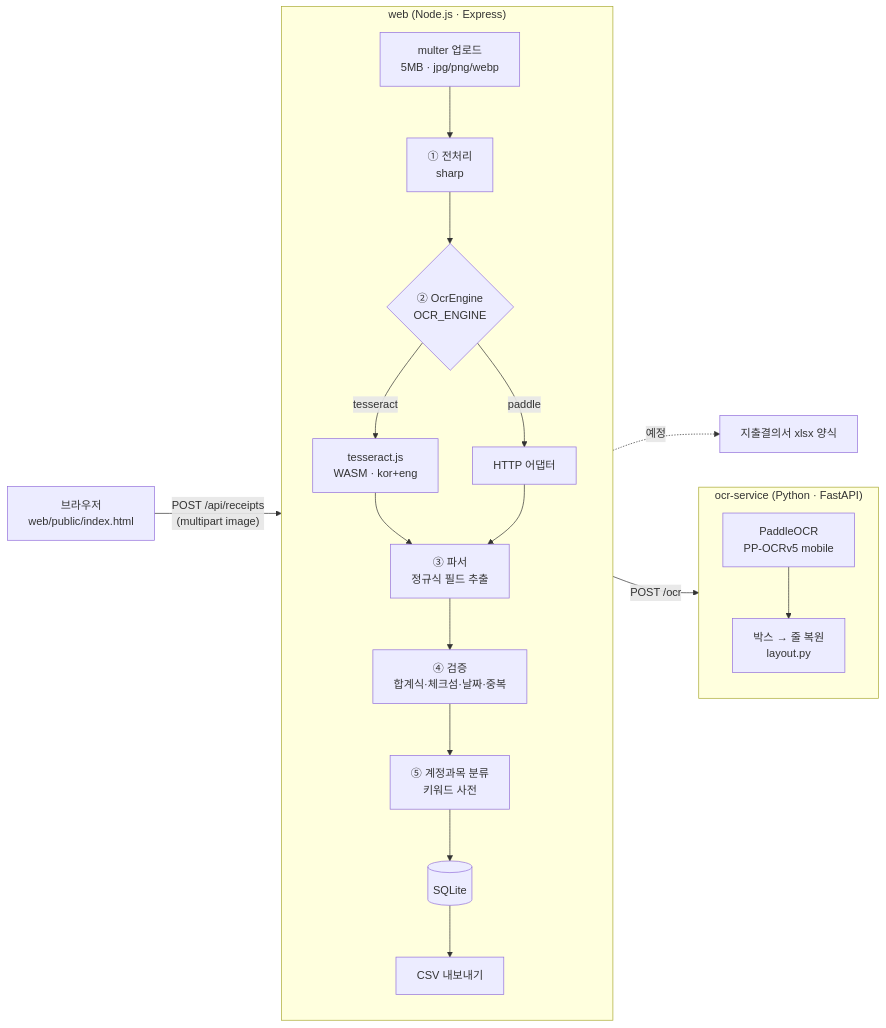
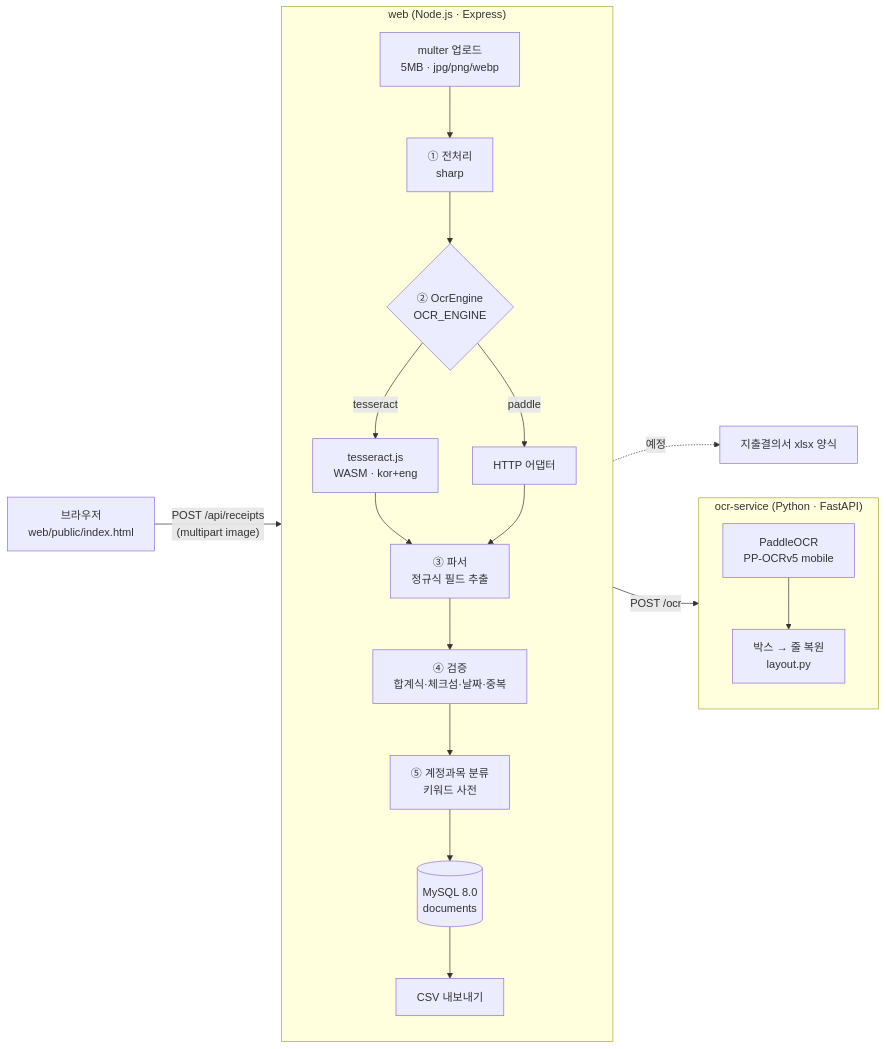
One commit to seoulbam1206-cmd/receipt-ocr-pipeline changed the diagram in README.md. Above: the diagram before and after it, drawn with Mermaid. The commit also changed other lines of this file, not shown here.

Commit message:
docs(readme): MySQL 설치·마이그레이션·SQLite 이전·TiDB Cloud 전환 안내

````diff
--- a/README.md
+++ b/README.md
@@ -49,26 +51,26 @@
 ```mermaid
 flowchart LR
     U[브라우저<br/>web/public/index.html] -- "POST /api/receipts<br/>(multipart image)" --> W
 
     subgraph W["web (Node.js · Express)"]
         direction TB
         M[multer 업로드<br/>5MB · jpg/png/webp] --> P1[① 전처리<br/>sharp]
         P1 --> E{② OcrEngine<br/>OCR_ENGINE}
         E -- tesseract --> T[tesseract.js<br/>WASM · kor+eng]
         E -- paddle --> H[HTTP 어댑터]
         T --> P3[③ 파서<br/>정규식 필드 추출]
         H --> P3
         P3 --> P4[④ 검증<br/>합계식·체크섬·날짜·중복]
         P4 --> P5[⑤ 계정과목 분류<br/>키워드 사전]
-        P5 --> DB[(SQLite)]
+        P5 --> DB[(MySQL 8.0<br/>documents)]
         DB --> CSV[CSV 내보내기]
     end
 
     H -- "POST /ocr" --> S
     subgraph S["ocr-service (Python · FastAPI)"]
         direction TB
         PO[PaddleOCR<br/>PP-OCRv5 mobile] --> L[박스 → 줄 복원<br/>layout.py]
     end
 
     CSV -. 예정 .-> X[지출결의서 xlsx 양식]
 ```
````
